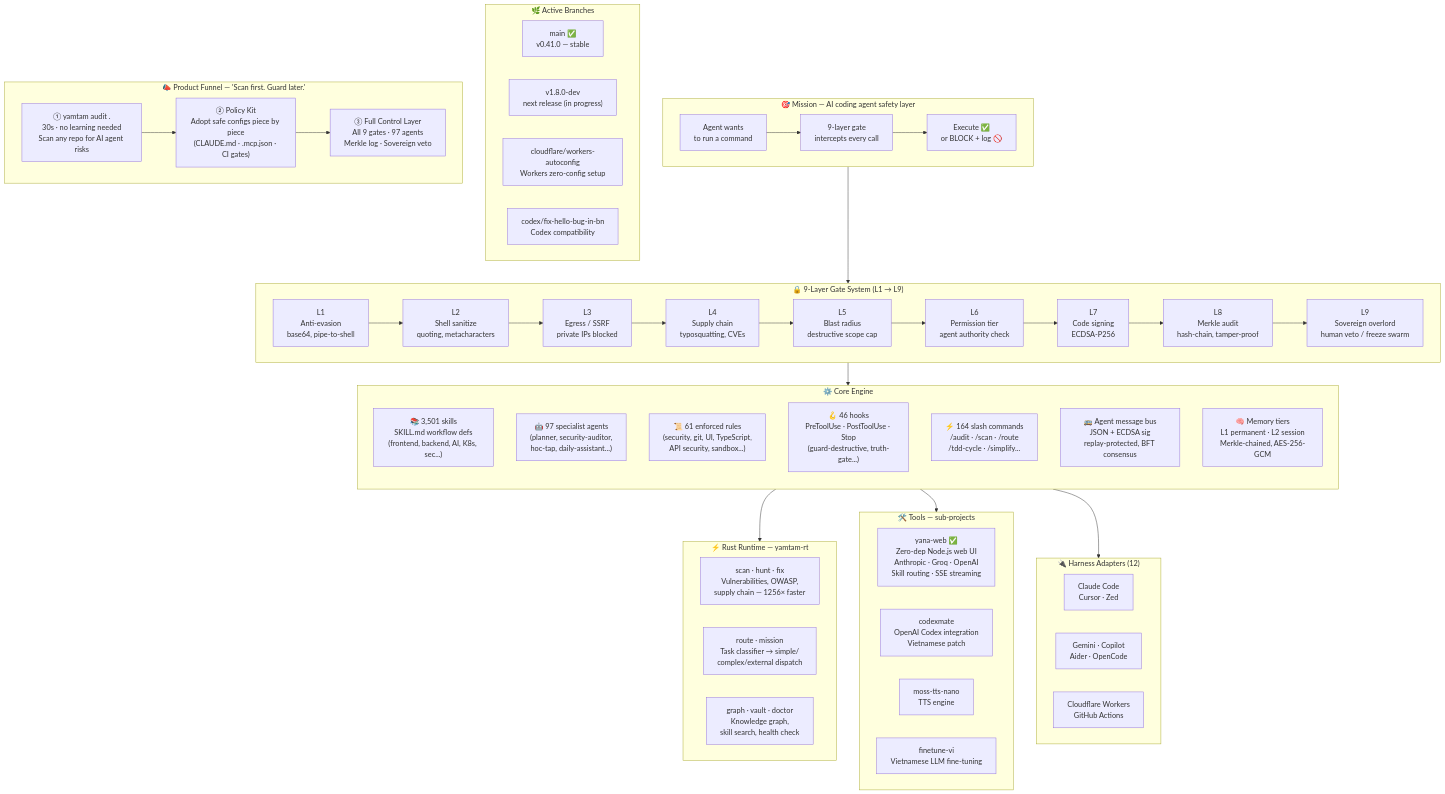
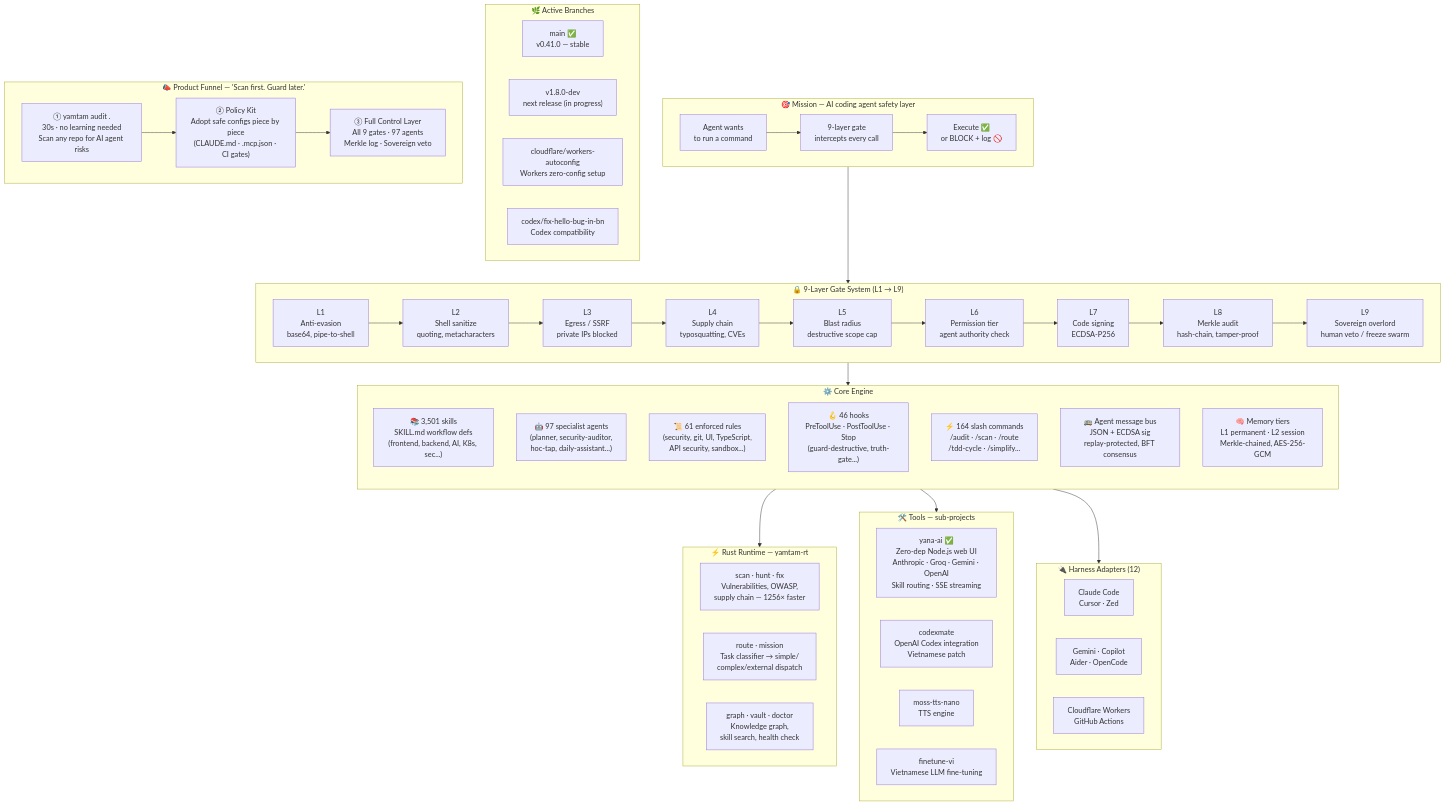
One commit to yanacuti1121/Yana-AI changed the diagram in README.md. Above: the diagram before and after it, drawn with Mermaid. The commit also changed other lines of this file and 3 other files, not shown here.

First line of the commit message:
feat(yana-ai): rename Yana Web → Yana AI + expand model support

```diff
--- a/README.md
+++ b/README.md
@@ -107,7 +107,7 @@
     %% ── Tools ────────────────────────────────────────────────────────────
     subgraph TOOLS["🛠️ Tools — sub-projects"]
         direction LR
-        YANA["yana-web ✅\nZero-dep Node.js web UI\nAnthropic · Groq · OpenAI\nSkill routing · SSE streaming"]
+        YANA["yana-ai ✅\nZero-dep Node.js web UI\nAnthropic · Groq · Gemini · OpenAI\nSkill routing · SSE streaming"]
         CODEXMATE["codexmate\nOpenAI Codex integration\nVietnamese patch"]
         MOSS["moss-tts-nano\nTTS engine"]
         FINETUNE["finetune-vi\nVietnamese LLM fine-tuning"]
```
